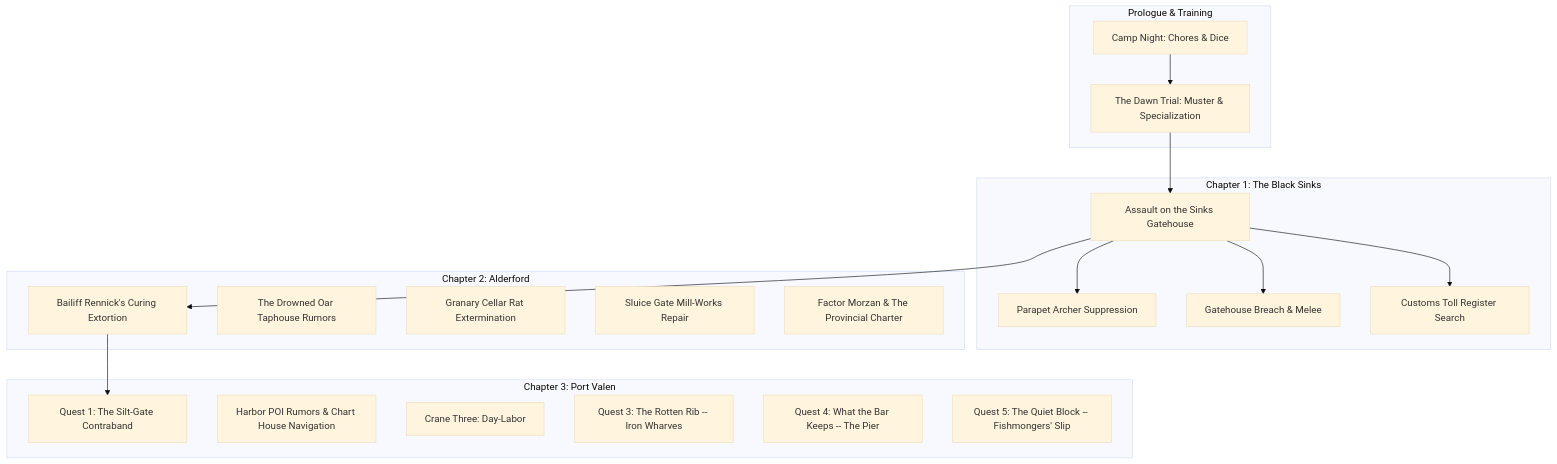
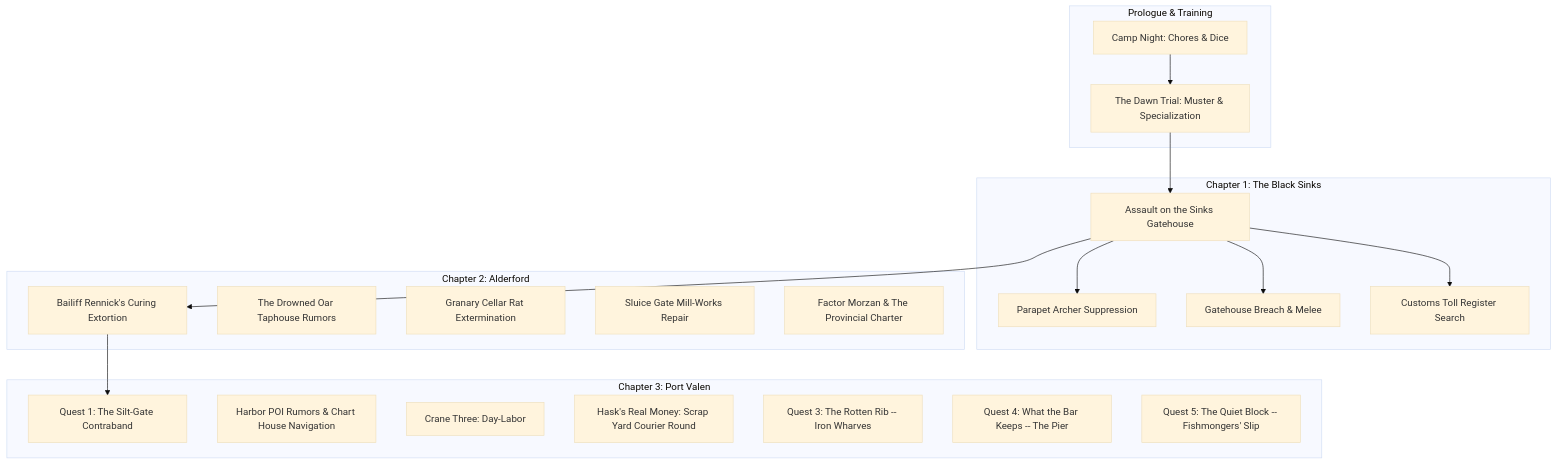
One commit to Kingskunk/A-Mercenaries-Life changed the diagram in quest/QUESTS.md. Above: the diagram before and after it, drawn with Mermaid (base theme). The commit also changed other lines of this file and 6 other files, not shown here.

````diff
--- a/quest/QUESTS.md
+++ b/quest/QUESTS.md
@@ -25,34 +25,35 @@
 ```mermaid
 graph TD
     subgraph Prologue & Training
         Q0["Camp Night: Chores & Dice"] --> Q1["The Dawn Trial: Muster & Specialization"]
     end
 
     subgraph Chapter 1: The Black Sinks
         Q2["Assault on the Sinks Gatehouse"]
         Q2 --> Q2A["Parapet Archer Suppression"]
         Q2 --> Q2B["Gatehouse Breach & Melee"]
         Q2 --> Q2C["Customs Toll Register Search"]
     end
 
     subgraph Chapter 2: Alderford
         Q3["Bailiff Rennick's Curing Extortion"]
         Q4["The Drowned Oar Taphouse Rumors"]
         Q5["Granary Cellar Rat Extermination"]
         Q6["Sluice Gate Mill-Works Repair"]
         Q7["Factor Morzan & The Provincial Charter"]
     end
 
     subgraph Chapter 3: Port Valen
         Q8["Quest 1: The Silt-Gate Contraband"]
         Q9["Harbor POI Rumors & Chart House Navigation"]
         Q11["Crane Three: Day-Labor"]
+        Q15["Hask's Real Money: Scrap Yard Courier Round"]
         Q12["Quest 3: The Rotten Rib -- Iron Wharves"]
         Q13["Quest 4: What the Bar Keeps -- The Pier"]
         Q14["Quest 5: The Quiet Block -- Fishmongers' Slip"]
     end
 
     Q1 --> Q2
     Q2 --> Q3
     Q3 --> Q8
 ```
````
